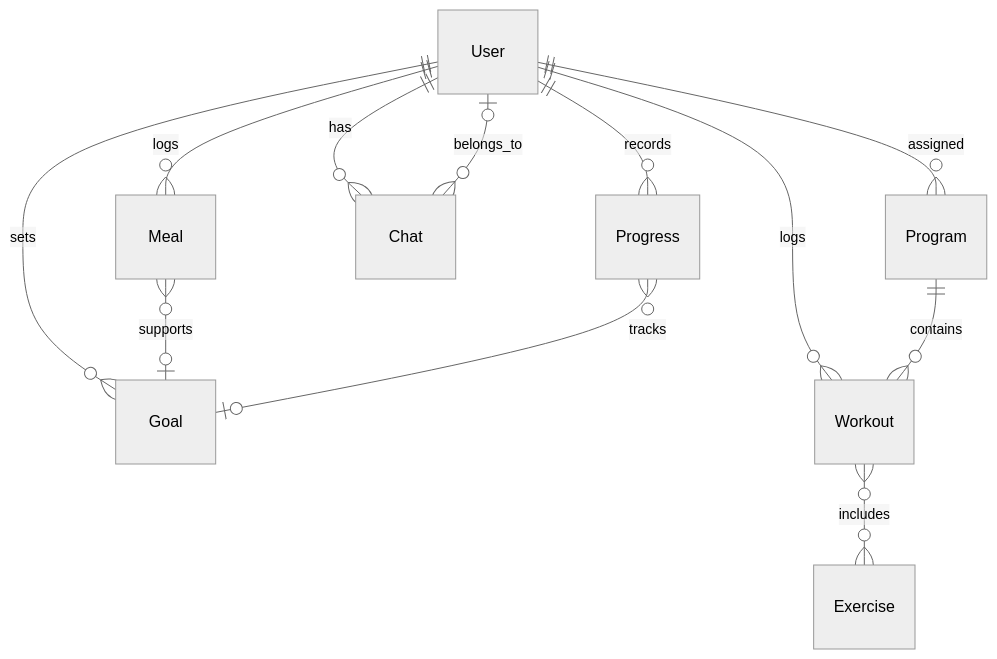
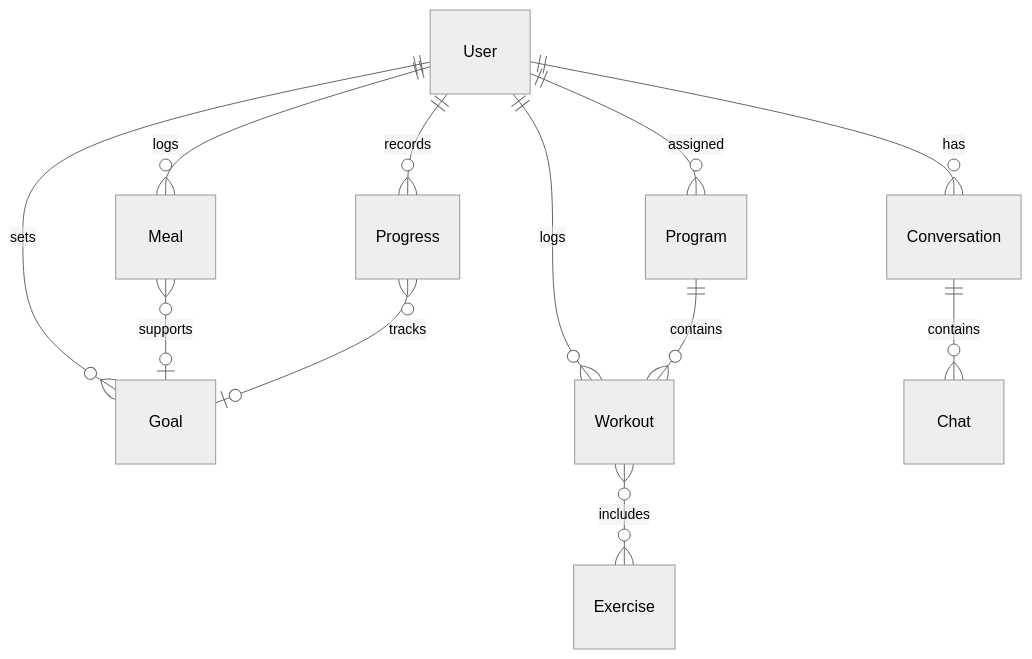
The third of 5 diagrams in .cursor/rules/EVOLVE_ARCHITECTURE.md (evolvecoachapp/evolve), drawn with Mermaid (neutral theme) before and after one commit. The commit also changed other lines of this file and 23 other files, not shown here.

````diff
--- a/.cursor/rules/EVOLVE_ARCHITECTURE.md
+++ b/.cursor/rules/EVOLVE_ARCHITECTURE.md
@@ -738,14 +757,14 @@
 ```mermaid
 erDiagram
     User ||--o{ Goal : sets
     User ||--o{ Workout : logs
     User ||--o{ Meal : logs
     User ||--o{ Progress : records
-    User ||--o{ Chat : has
+    User ||--o{ Conversation : has
+    Conversation ||--o{ Chat : contains
     User ||--o{ Program : assigned
     Program ||--o{ Workout : contains
     Workout }o--o{ Exercise : includes
     Meal }o--o| Goal : supports
     Progress }o--o| Goal : tracks
-    Chat }o--o| User : belongs_to
 ```
````
